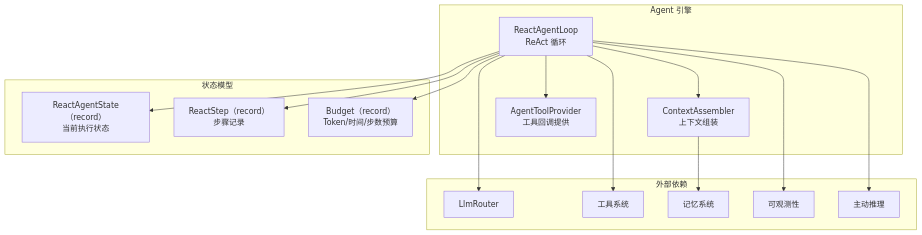
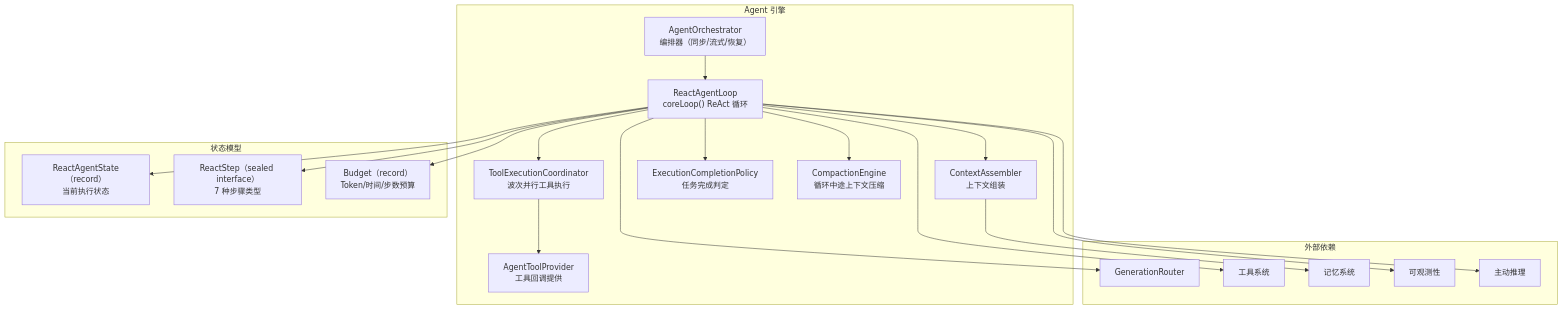
The first of 2 diagrams in docs/architecture/agent-engine.md (ntygod/LifePilot), drawn with Mermaid before and after one commit. The commit also changed other lines of this file and 46 other files, not shown here.

````diff
--- a/docs/architecture/agent-engine.md
+++ b/docs/architecture/agent-engine.md
@@ -13,33 +13,41 @@
 ```mermaid
 graph TB
     subgraph "Agent 引擎"
-        LOOP["ReactAgentLoop<br/>ReAct 循环"]
+        ORCH["AgentOrchestrator<br/>编排器（同步/流式/恢复）"]
+        LOOP["ReactAgentLoop<br/>coreLoop() ReAct 循环"]
         CTX["ContextAssembler<br/>上下文组装"]
         TOOL["AgentToolProvider<br/>工具回调提供"]
+        COORD["ToolExecutionCoordinator<br/>波次并行工具执行"]
+        POLICY["ExecutionCompletionPolicy<br/>任务完成判定"]
+        COMPACT["CompactionEngine<br/>循环中途上下文压缩"]
     end
 
     subgraph "状态模型"
         STATE["ReactAgentState（record）<br/>当前执行状态"]
-        STEP["ReactStep（record）<br/>步骤记录"]
+        STEP["ReactStep（sealed interface）<br/>7 种步骤类型"]
         BUDGET["Budget（record）<br/>Token/时间/步数预算"]
     end
 
     subgraph "外部依赖"
-        LLM["LlmRouter"]
+        LLM["GenerationRouter"]
         TOOL_SYS["工具系统"]
         MEM["记忆系统"]
         OBS["可观测性"]
         PROACTIVE["主动推理"]
     end
 
+    ORCH --> LOOP
     LOOP --> STATE
     LOOP --> STEP
     LOOP --> BUDGET
     LOOP --> CTX
-    LOOP --> TOOL
+    LOOP --> COORD
+    COORD --> TOOL
+    LOOP --> POLICY
+    LOOP --> COMPACT
     CTX --> MEM
     LOOP --> LLM
     LOOP --> TOOL_SYS
     LOOP --> OBS
     LOOP --> PROACTIVE
 ```
````
